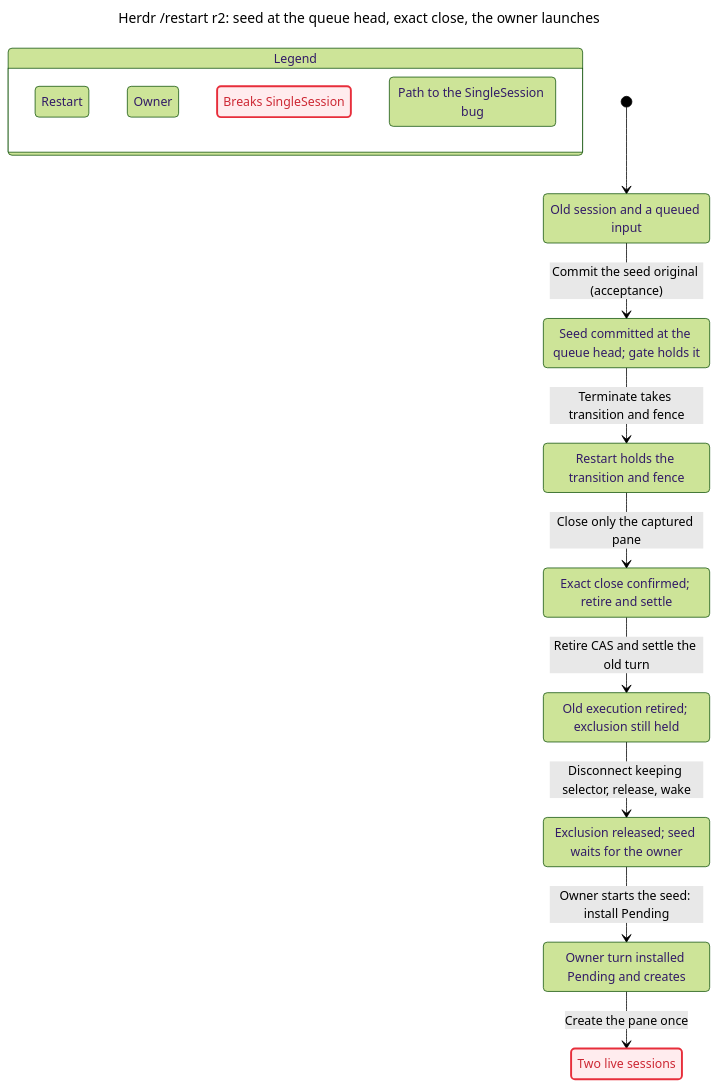
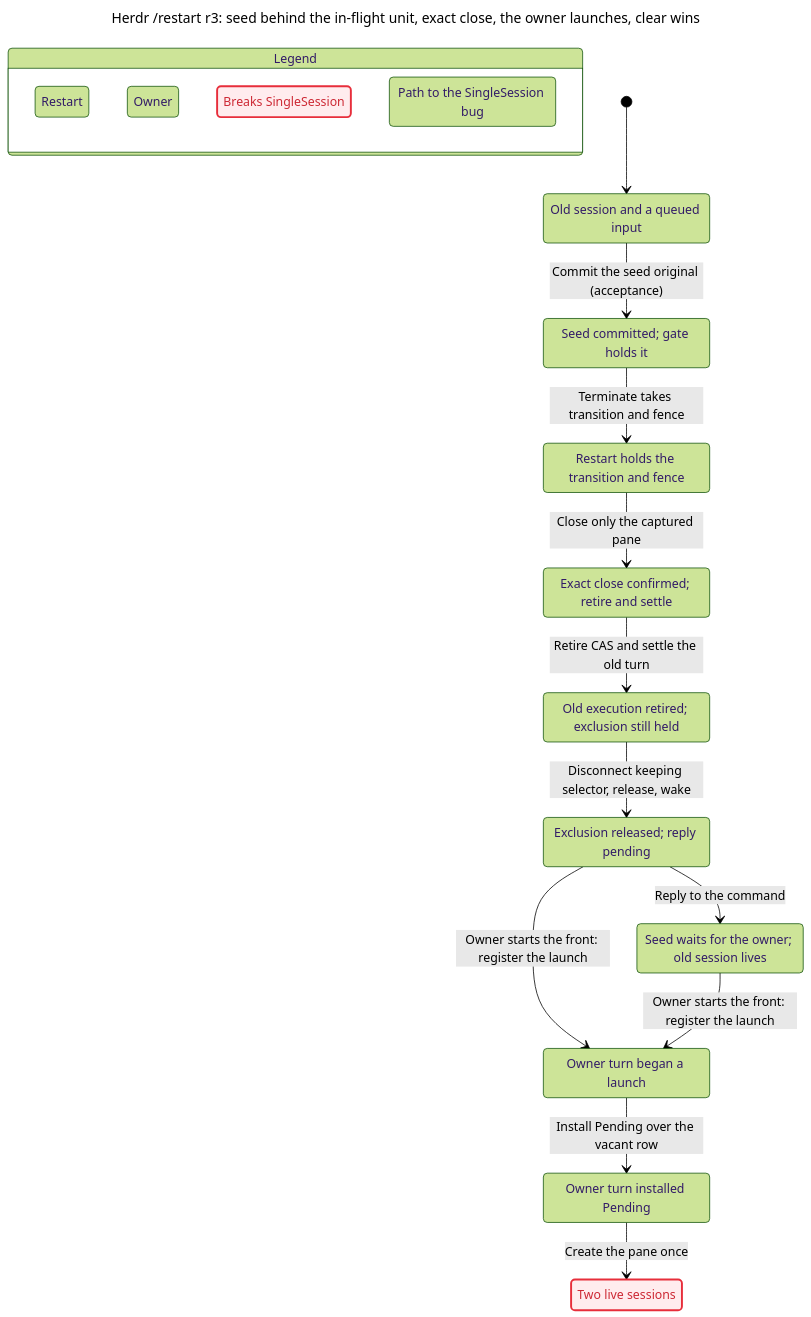
The diagram in docs/statecharts/session-lifecycle/herdr-restart-owner-SkipClose.chart.mmd (itismyfield/AgentDesk), drawn with Mermaid (forest theme) before and after one commit. The commit also changed 199 other files, not shown here.

First line of the commit message:
docs(herdr): restart design r3 — restart through a dispatch, clear wins, seedless restart

```diff
--- a/docs/statecharts/session-lifecycle/herdr-restart-owner-SkipClose.chart.mmd
+++ b/docs/statecharts/session-lifecycle/herdr-restart-owner-SkipClose.chart.mmd
@@ -1,47 +1,53 @@
 ---
-title: "Herdr /restart r2: seed at the queue head, exact close, the owner launches"
+title: "Herdr /restart r3: seed behind the in-flight unit, exact close, the owner launches, clear wins"
 ---
 stateDiagram-v2
   state "Legend" as legend {
     lg0: Restart
     lg1: Owner
     lg2: Breaks SingleSession
     lg3: Path to the SingleSession bug
   }
   class lg0 blue
   class lg1 purple
   class lg2 breaks
   class lg3 bugPath
   s0: Old session and a queued input
-  s1: Seed committed at the queue head#59; gate holds it
+  s1: Seed committed#59; gate holds it
   s2: Restart holds the transition and fence
   s3: Exact close confirmed#59; retire and settle
   s4: Old execution retired#59; exclusion still held
-  s5: Exclusion released#59; seed waits for the owner
-  s6: Owner turn installed Pending and creates
-  s7: Two live sessions
+  s5: Exclusion released#59; reply pending
+  s6: Owner turn began a launch
+  s7: Seed waits for the owner#59; old session lives
+  s8: Owner turn installed Pending
+  s9: Two live sessions
   [*] --> s0
   s0 --> s1: Commit the seed original (acceptance)
   s1 --> s2: Terminate takes transition and fence
   s2 --> s3: Close only the captured pane
   s3 --> s4: Retire CAS and settle the old turn
   s4 --> s5: Disconnect keeping selector, release, wake
-  s5 --> s6: Owner starts the seed: install Pending
-  s6 --> s7: Create the pane once
+  s5 --> s6: Owner starts the front: register the launch
+  s5 --> s7: Reply to the command
+  s6 --> s8: Install Pending over the vacant row
+  s7 --> s6: Owner starts the front: register the launch
+  s8 --> s9: Create the pane once
   classDef breaks fill:#ffecee,stroke:#e72e3b,stroke-width:2.5px,color:#cd2834
   class s0 blue
   class s0 bugPath
   class s1 blue
   class s1 bugPath
   class s2 blue
   class s2 bugPath
   class s3 blue
   class s3 bugPath
   class s4 blue
   class s4 bugPath
-  class s5 purple
+  class s5 blue
   class s5 bugPath
-  class s6 purple
   class s6 bugPath
-  class s7 breaks
-  class s7 bugPath
+  class s7 purple
+  class s8 bugPath
+  class s9 breaks
+  class s9 bugPath
```
